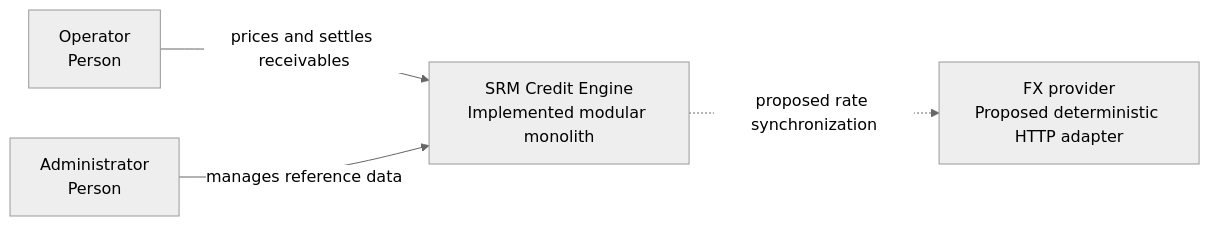
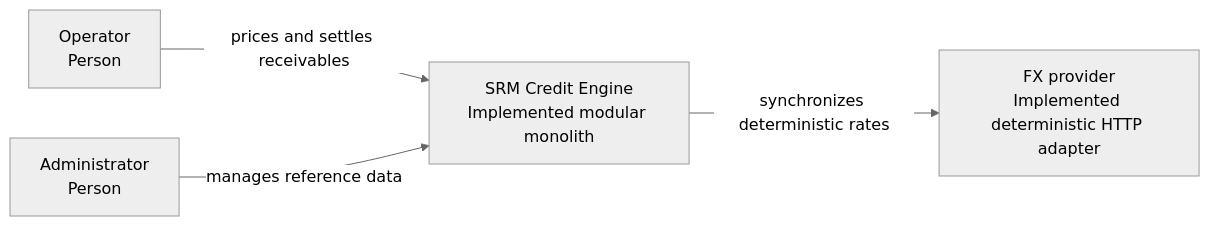
Before and after one commit to TakayukiKomatsu/nexoflow: the diagram in docs/architecture/c4-context.mmd, drawn with Mermaid (neutral theme). The commit also changed 2 other files, not shown here.

```diff
--- a/docs/architecture/c4-context.mmd
+++ b/docs/architecture/c4-context.mmd
@@ -1,9 +1,9 @@
 flowchart LR
     operator["Operator\nPerson"]
     administrator["Administrator\nPerson"]
     engine["SRM Credit Engine\nImplemented modular monolith"]
-    mockFx["FX provider\nProposed deterministic HTTP adapter"]
+    mockFx["FX provider\nImplemented deterministic HTTP adapter"]
 
     operator -->|prices and settles receivables| engine
     administrator -->|manages reference data| engine
-    engine -. proposed rate synchronization .-> mockFx
+    engine -->|synchronizes deterministic rates| mockFx
```
